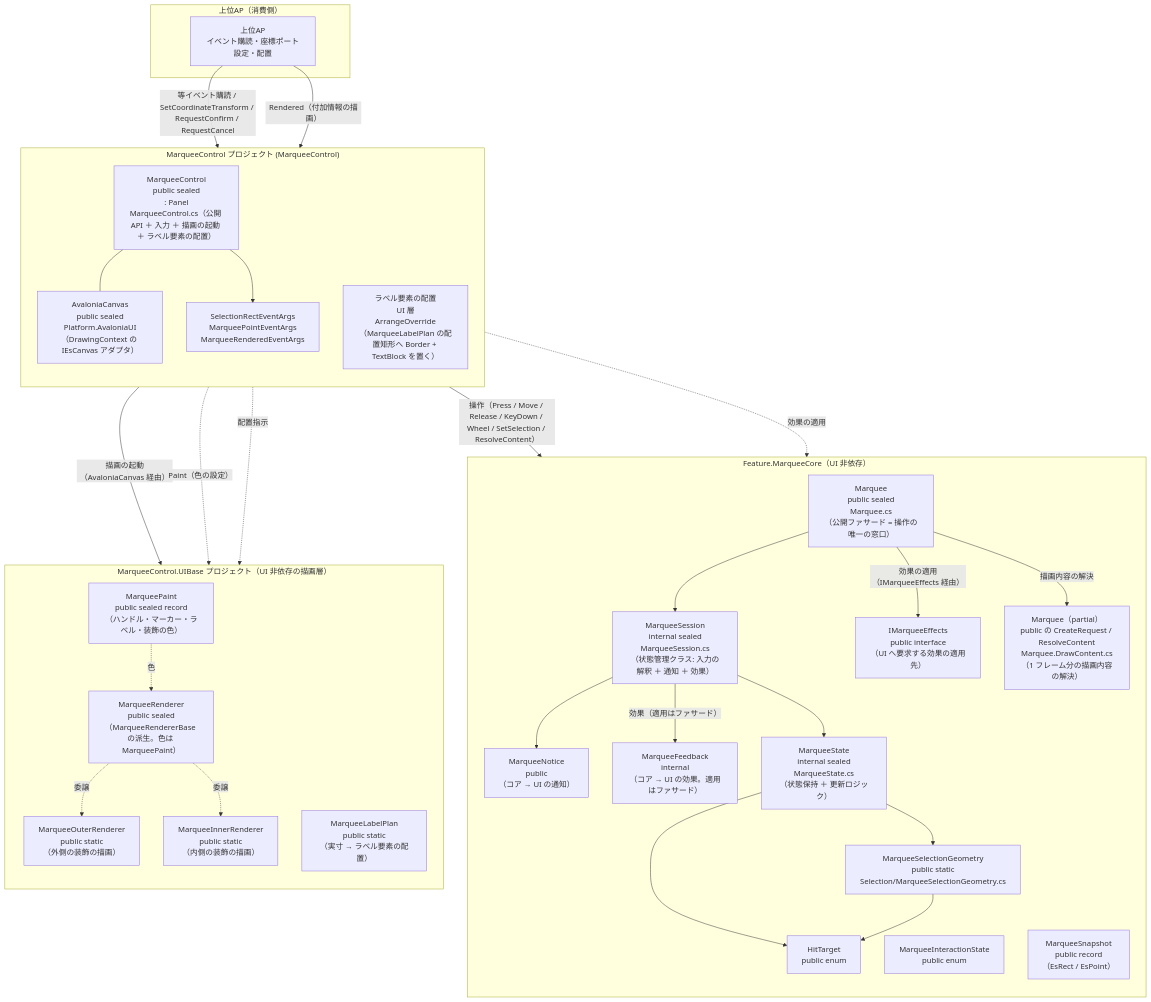
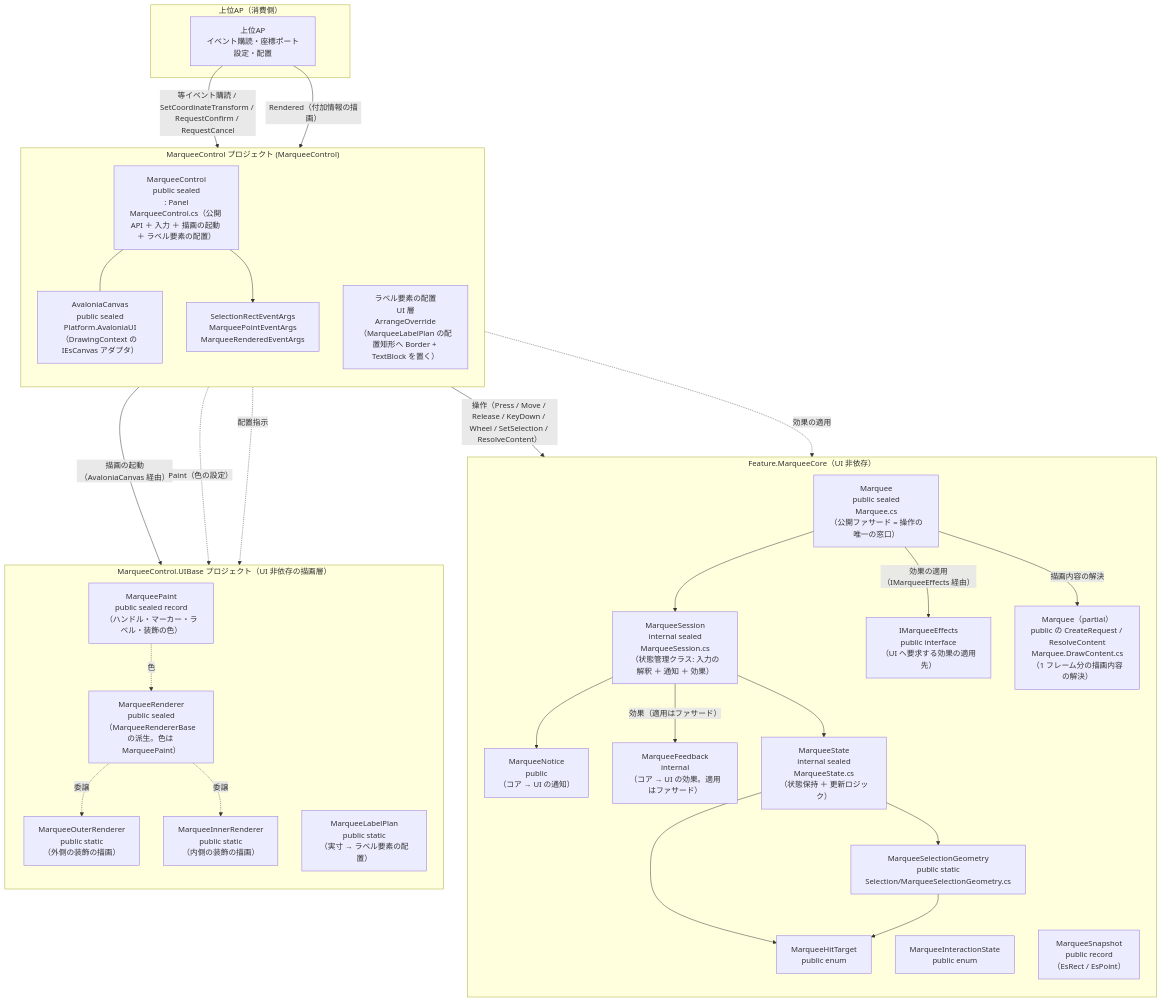
Before and after one commit to tomokuni/SaveEvidence: the first of 2 diagrams in src/MarqueeControl.AvaloniaUI/SPEC_System.md, drawn with Mermaid. The commit also changed other lines of this file and 18 other files, not shown here.

First line of the commit message:
HitTarget に自コア名の接頭辞を付けて公開型の命名を揃える

````diff
--- a/src/MarqueeControl.AvaloniaUI/SPEC_System.md
+++ b/src/MarqueeControl.AvaloniaUI/SPEC_System.md
@@ -99,57 +99,57 @@
 ```mermaid
 flowchart TB
     subgraph Host["上位AP（消費側）"]
         AP["上位AP<br/>イベント購読・座標ポート設定・配置"]
     end
     subgraph Core["Feature.MarqueeCore（UI 非依存）"]
         direction TB
         Fac["Marquee<br/>public sealed<br/>Marquee.cs<br/>（公開ファサード = 操作の唯一の窓口）"]
         Eff["IMarqueeEffects<br/>public interface<br/>（UI へ要求する効果の適用先）"]
         Ses["MarqueeSession<br/>internal sealed<br/>MarqueeSession.cs<br/>（状態管理クラス: 入力の解釈 ＋ 通知 ＋ 効果）"]
         Ntc["MarqueeNotice<br/>public<br/>（コア → UI の通知）"]
         Fbk["MarqueeFeedback<br/>internal<br/>（コア → UI の効果。適用はファサード）"]
         Stt["MarqueeState<br/>internal sealed<br/>MarqueeState.cs<br/>（状態保持 ＋ 更新ロジック）"]
         Geo["MarqueeSelectionGeometry<br/>public static<br/>Selection/MarqueeSelectionGeometry.cs"]
-        Hdl["HitTarget<br/>public enum"]
+        Hdl["MarqueeHitTarget<br/>public enum"]
         Hdl2["MarqueeInteractionState<br/>public enum"]
         Hdl3["MarqueeSnapshot<br/>public record<br/>（EsRect / EsPoint）"]
         Frm["Marquee（partial）<br/>public の CreateRequest / ResolveContent<br/>Marquee.DrawContent.cs<br/>（1 フレーム分の描画内容の解決）"]
     end
     subgraph DRC2["MarqueeControl プロジェクト (MarqueeControl)"]
         direction TB
         Ctl["MarqueeControl<br/>public sealed<br/>: Panel<br/>MarqueeControl.cs（公開 API ＋ 入力 ＋ 描画の起動 ＋ ラベル要素の配置）"]
         Cvs["AvaloniaCanvas<br/>public sealed<br/>Platform.AvaloniaUI<br/>（DrawingContext の IEsCanvas アダプタ）"]
         Lbl["ラベル要素の配置<br/>UI 層<br/>ArrangeOverride<br/>（MarqueeLabelPlan の配置矩形へ Border + TextBlock を置く）"]
         Evt["SelectionRectEventArgs<br/>MarqueePointEventArgs<br/>MarqueeRenderedEventArgs"]
     end
     subgraph Rnd2["MarqueeControl.UIBase プロジェクト（UI 非依存の描画層）"]
         direction TB
         Drw["MarqueeRenderer<br/>public sealed<br/>（MarqueeRendererBase の派生。色は MarqueePaint）"]
         Pnt["MarqueePaint<br/>public sealed record<br/>（ハンドル・マーカー・ラベル・装飾の色）"]
         Odr["MarqueeOuterRenderer<br/>public static<br/>（外側の装飾の描画）"]
         Idr["MarqueeInnerRenderer<br/>public static<br/>（内側の装飾の描画）"]
         Pln["MarqueeLabelPlan<br/>public static<br/>（実寸 → ラベル要素の配置）"]
     end
 
     AP -->|等イベント購読 / SetCoordinateTransform / RequestConfirm / RequestCancel| Ctl
     AP -->|Rendered（付加情報の描画）| Lbl
     Ctl -->|操作（Press / Move / Release / KeyDown / Wheel / SetSelection / ResolveContent）| Fac
     Ctl -.->|効果の適用| Eff
     Ctl -->|描画の起動（AvaloniaCanvas 経由）| Drw
     Ctl -.->|Paint（色の設定）| Pnt
     Pnt -.->|色| Drw
     Drw -.->|委譲| Odr
     Drw -.->|委譲| Idr
     Ctl -.->|配置指示| Pln
     Ctl --- Cvs
     Fac --> Ses
     Fac -->|効果の適用（IMarqueeEffects 経由）| Eff
     Fac -->|描画内容の解決| Frm
     Ctl --> Evt
     Ses --> Ntc
     Ses -->|効果（適用はファサード）| Fbk
     Ses --> Stt
     Stt --> Geo
     Stt --> Hdl
     Geo --> Hdl
 ```
````
